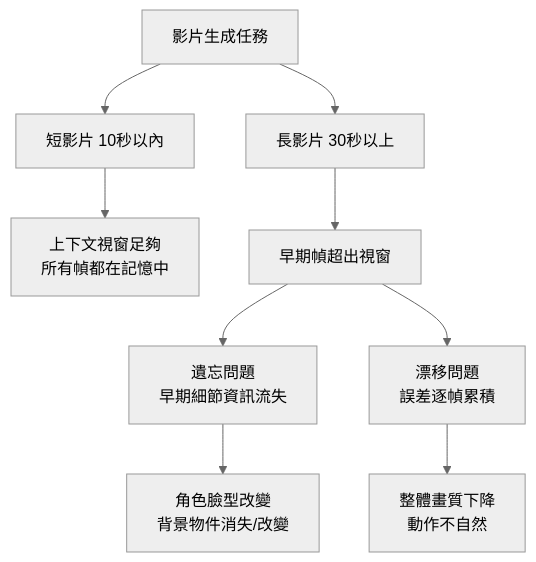
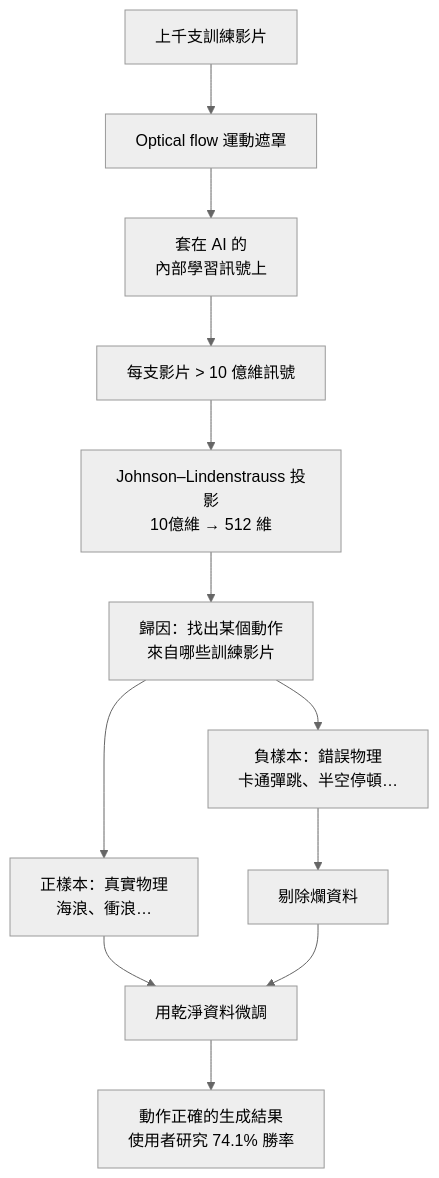
The diagram in src/content/posts/tech/2026-05-02-solved-the-bug-that-haunted-ai-video-for-years.md (a920604a/engineernews), drawn with Mermaid (neutral theme) before and after one commit. The commit also changed other lines of this file and 468 other files, not shown here.

````diff
--- a/src/content/posts/tech/2026-05-02-solved-the-bug-that-haunted-ai-video-for-years.md
+++ b/src/content/posts/tech/2026-05-02-solved-the-bug-that-haunted-ai-video-for-years.md
@@ -37,11 +77,14 @@
 ```mermaid
 graph TD
-    A[影片生成任務] --> B[短影片 10秒以內]
-    A --> C[長影片 30秒以上]
-    B --> D[上下文視窗足夠<br>所有幀都在記憶中]
-    C --> E[早期幀超出視窗]
-    E --> F1[遺忘問題<br>早期細節資訊流失]
-    E --> F2[漂移問題<br>誤差逐幀累積]
-    F1 --> G[角色臉型改變<br>背景物件消失/改變]
-    F2 --> H[整體畫質下降<br>動作不自然]
+    A[上千支訓練影片] --> B[Optical flow 運動遮罩]
+    B --> C[套在 AI 的<br>內部學習訊號上]
+    C --> D[每支影片 > 10 億維訊號]
+    D --> E[Johnson–Lindenstrauss 投影<br>10億維 → 512 維]
+    E --> F[歸因：找出某個動作<br>來自哪些訓練影片]
+    F --> G1[正樣本：真實物理<br>海浪、衝浪…]
+    F --> G2[負樣本：錯誤物理<br>卡通彈跳、半空停頓…]
+    G2 --> H[剔除爛資料]
+    G1 --> I[用乾淨資料微調]
+    H --> I
+    I --> J[動作正確的生成結果<br>使用者研究 74.1% 勝率]
 ```
````
